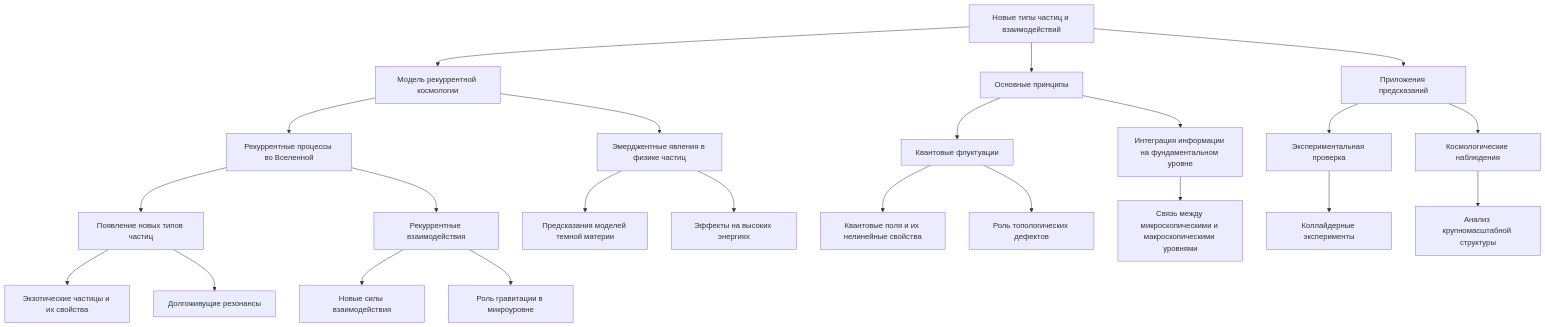
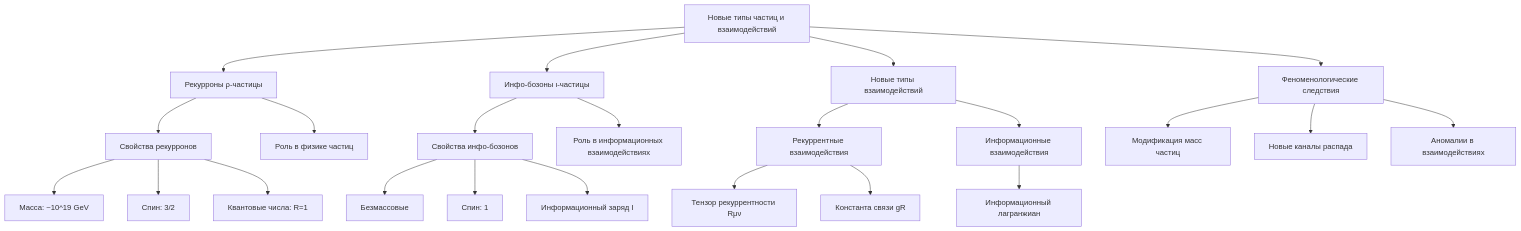
The diagram in New-types-of-particles-and-interactions-predicted-by-the-recurrent-cosmology-model.md (commeta/consciousness), drawn with Mermaid before and after one commit. The commit also changed other lines of this file, not shown here.

````diff
--- a/New-types-of-particles-and-interactions-predicted-by-the-recurrent-cosmology-model.md
+++ b/New-types-of-particles-and-interactions-predicted-by-the-recurrent-cosmology-model.md
@@ -4,26 +4,30 @@
 ```mermaid
 graph TD
     A[Новые типы частиц и взаимодействий]
-    A --> B[Модель рекуррентной космологии]
-    A --> C[Основные принципы]
-    B --> D[Рекуррентные процессы во Вселенной]
-    B --> E[Эмерджентные явления в физике частиц]
-    C --> F[Квантовые флуктуации]
-    C --> G[Интеграция информации на фундаментальном уровне]
-    D --> H[Появление новых типов частиц]
-    D --> I[Рекуррентные взаимодействия]
-    E --> J[Предсказания моделей темной материи]
-    E --> K[Эффекты на высоких энергиях]
-    F --> L[Квантовые поля и их нелинейные свойства]
-    F --> M[Роль топологических дефектов]
-    G --> N[Связь между микроскопическими и макроскопическими уровнями]
-    H --> O[Экзотические частицы и их свойства]
-    H --> P[Долгоживущие резонансы]
-    I --> Q[Новые силы взаимодействия]
-    I --> R[Роль гравитации в микроуровне]
-    A --> S[Приложения предсказаний]
-    S --> T[Экспериментальная проверка]
-    S --> U[Космологические наблюдения]
-    T --> V[Коллайдерные эксперименты]
-    U --> W[Анализ крупномасштабной структуры]
+    A --> B[Рекурроны ρ-частицы]
+    A --> C[Инфо-бозоны ι-частицы]
+    A --> D[Новые типы взаимодействий]
+    A --> E[Феноменологические следствия]
+
+    B --> B1[Свойства рекурронов]
+    B1 --> B1a[Масса: ~10^19 GeV]
+    B1 --> B1b[Спин: 3/2]
+    B1 --> B1c[Квантовые числа: R=1]
+    B --> B2[Роль в физике частиц]
+
+    C --> C1[Свойства инфо-бозонов]
+    C1 --> C1a[Безмассовые]
+    C1 --> C1b[Спин: 1]
+    C1 --> C1c[Информационный заряд I]
+    C --> C2[Роль в информационных взаимодействиях]
+
+    D --> D1[Рекуррентные взаимодействия]
+    D1 --> D1a[Тензор рекуррентности Rμν]
+    D1 --> D1b[Константа связи gR]
+    D --> D2[Информационные взаимодействия]
+    D2 --> D2a[Информационный лагранжиан]
+
+    E --> E1[Модификация масс частиц]
+    E --> E2[Новые каналы распада]
+    E --> E3[Аномалии в взаимодействиях]
 ```
````
